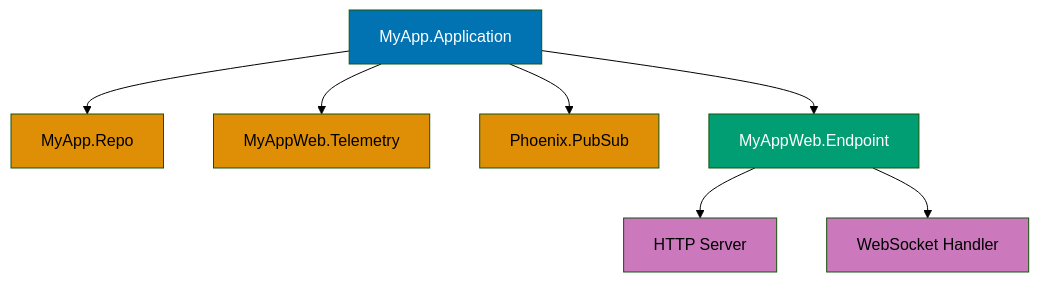
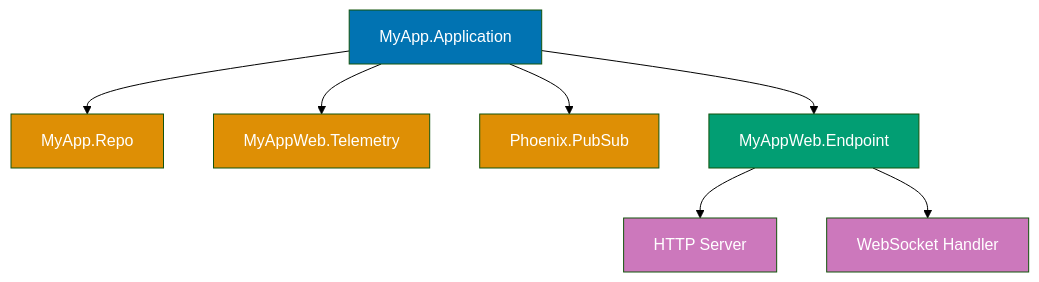
Before and after one commit to wahidyankf/open-sharia-enterprise: the first of 6 diagrams in apps/ayokoding-web/content/en/learn/software-engineering/platform-web/tools/elixir-phoenix/by-example/beginner.md, drawn with Mermaid (forest theme). The commit also changed other lines of this file and 61 other files, not shown here.

First line of the commit message:
fix(ayokoding-web): quote Mermaid node labels with special characters in Example 63

````diff
--- a/apps/ayokoding-web/content/en/learn/software-engineering/platform-web/tools/elixir-phoenix/by-example/beginner.md
+++ b/apps/ayokoding-web/content/en/learn/software-engineering/platform-web/tools/elixir-phoenix/by-example/beginner.md
@@ -27,18 +27,18 @@
 ```mermaid
 %% Phoenix application supervision tree
 graph TD
     A[MyApp.Application] --> B[MyApp.Repo]
     A --> C[MyAppWeb.Telemetry]
     A --> D[Phoenix.PubSub]
     A --> E[MyAppWeb.Endpoint]
     E --> F[HTTP Server]
     E --> G[WebSocket Handler]
 
     style A fill:#0173B2,color:#fff
-    style B fill:#DE8F05,color:#000
-    style C fill:#DE8F05,color:#000
-    style D fill:#DE8F05,color:#000
+    style B fill:#DE8F05,color:#fff
+    style C fill:#DE8F05,color:#fff
+    style D fill:#DE8F05,color:#fff
     style E fill:#029E73,color:#fff
-    style F fill:#CC78BC,color:#000
-    style G fill:#CC78BC,color:#000
+    style F fill:#CC78BC,color:#fff
+    style G fill:#CC78BC,color:#fff
 ```
````
